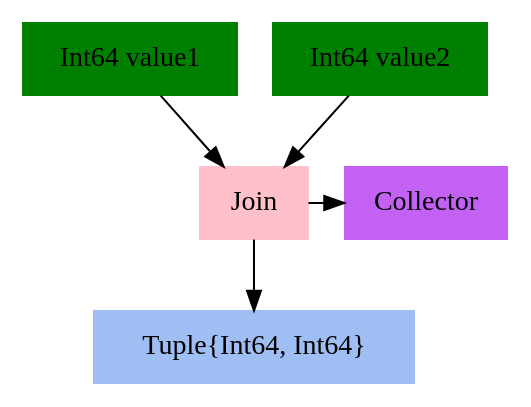
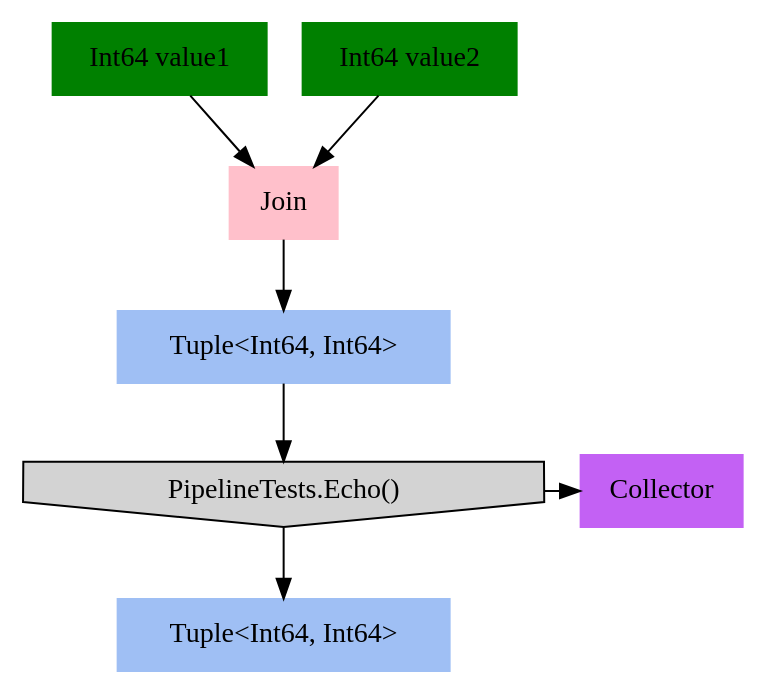
One commit to refactoring-pipelines/Pipelines changed the diagram in Refactoring.Pipelines.Test/PipelineTests.JoinInputs.approved.dot. Above: the diagram before and after it, drawn with Graphviz. The commit also changed 7 other files, not shown here.

```diff
--- a/Refactoring.Pipelines.Test/PipelineTests.JoinInputs.approved.dot
+++ b/Refactoring.Pipelines.Test/PipelineTests.JoinInputs.approved.dot
@@ -1,17 +1,20 @@
 digraph G { node [style=filled, shape=rec]
 
 # Nodes
-{"Int64 value1", "Int64 value2"} -> "Join" -> {"Tuple{Int64, Int64}", "Collector"}
+{"Int64 value1", "Int64 value2"} -> "Join" -> "Tuple<Int64, Int64>"
+"Tuple<Int64, Int64>" -> "PipelineTests.Echo()" -> {"Tuple<Int64, Int64> 1", "Collector"}
 
 
 # Formatting
 "Int64 value1" [color=green]
-"Tuple{Int64, Int64}" [color="#9fbff4"]
+"Tuple<Int64, Int64>" [color="#9fbff4"]
 "Join" [color=pink]
+"Tuple<Int64, Int64> 1" [label="Tuple<Int64, Int64>", color="#9fbff4"]
+"PipelineTests.Echo()" [shape=invhouse]
 "Collector" [color = "#c361f4"]
 "Int64 value2" [color=green]
 
-{ rank=same; "Join", "Collector"}
+{ rank=same; "PipelineTests.Echo()", "Collector"}
 
 
 }
```
